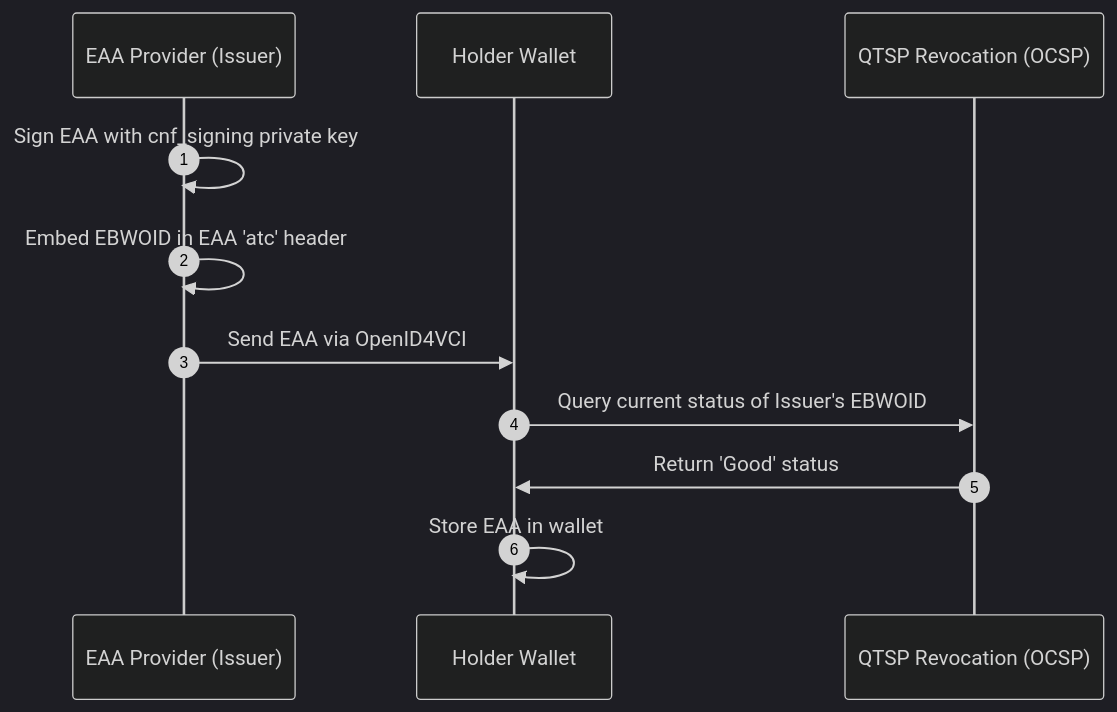
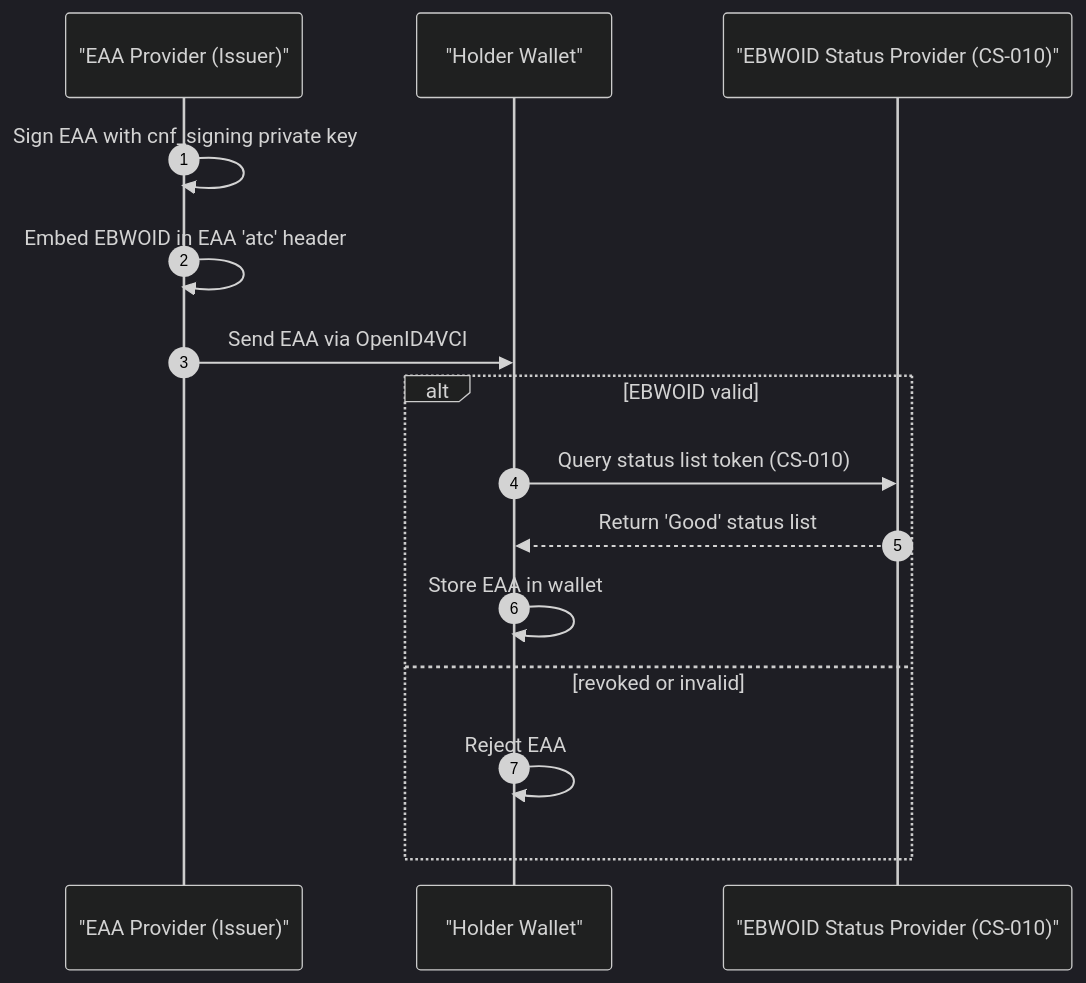
One commit to webuild-consortium/wp4-architecture changed the second of 3 diagrams in conformance-specs/cs-21-attestation-chaining.md. Above: the diagram before and after it, drawn with Mermaid (dark theme). The commit also changed other lines of this file, not shown here.

````diff
--- a/conformance-specs/cs-21-attestation-chaining.md
+++ b/conformance-specs/cs-21-attestation-chaining.md
@@ -118,13 +122,17 @@
 ```mermaid
 sequenceDiagram
     autonumber
-    participant IP as EAA Provider (Issuer)
-    participant HW as Holder Wallet
-    participant Q as QTSP Revocation (OCSP)
+    participant IP as "EAA Provider (Issuer)"
+    participant HW as "Holder Wallet"
+    participant Q as "EBWOID Status Provider (CS-010)"
     IP->>IP: Sign EAA with cnf_signing private key
     IP->>IP: Embed EBWOID in EAA 'atc' header
     IP->>HW: Send EAA via OpenID4VCI
-    HW->>Q: Query current status of Issuer's EBWOID
-    Q->>HW: Return 'Good' status
-    HW->>HW: Store EAA in wallet
+    alt EBWOID valid
+        HW->>Q: Query status list token (CS-010)
+        Q-->>HW: Return 'Good' status list
+        HW->>HW: Store EAA in wallet
+    else revoked or invalid
+        HW->>HW: Reject EAA
+    end
 ```
````
